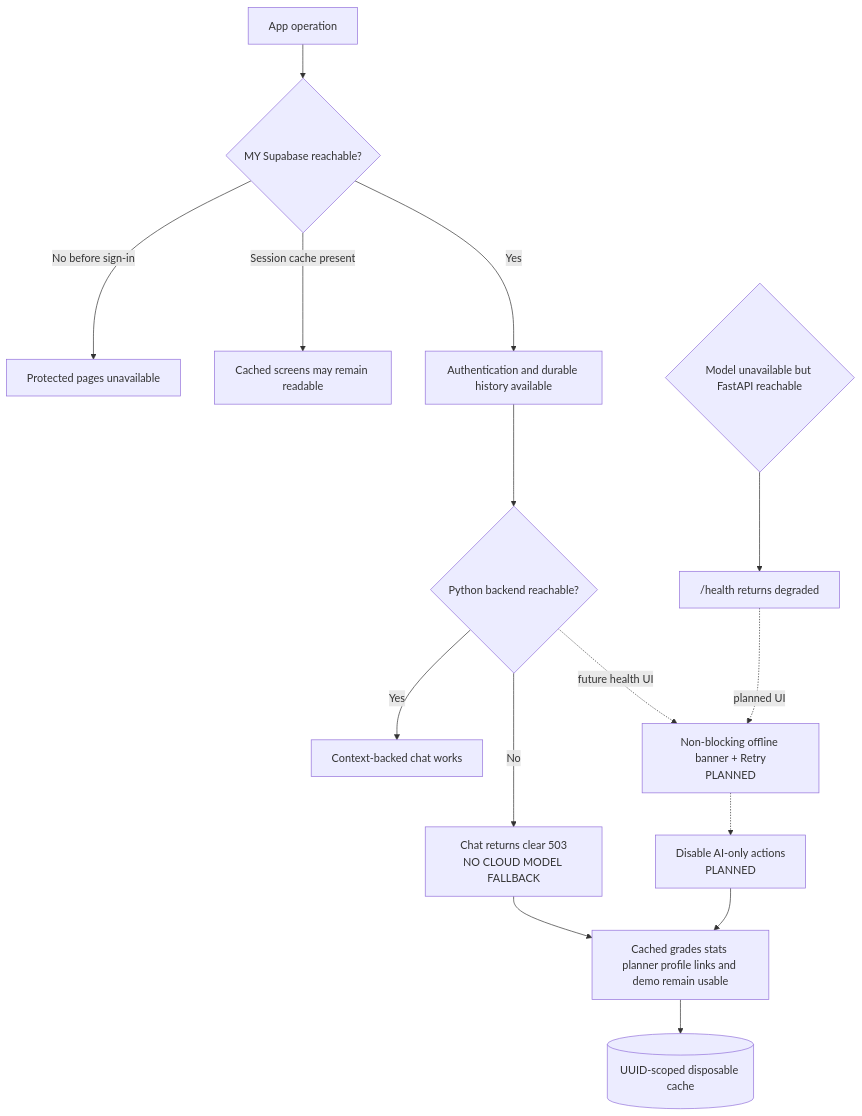
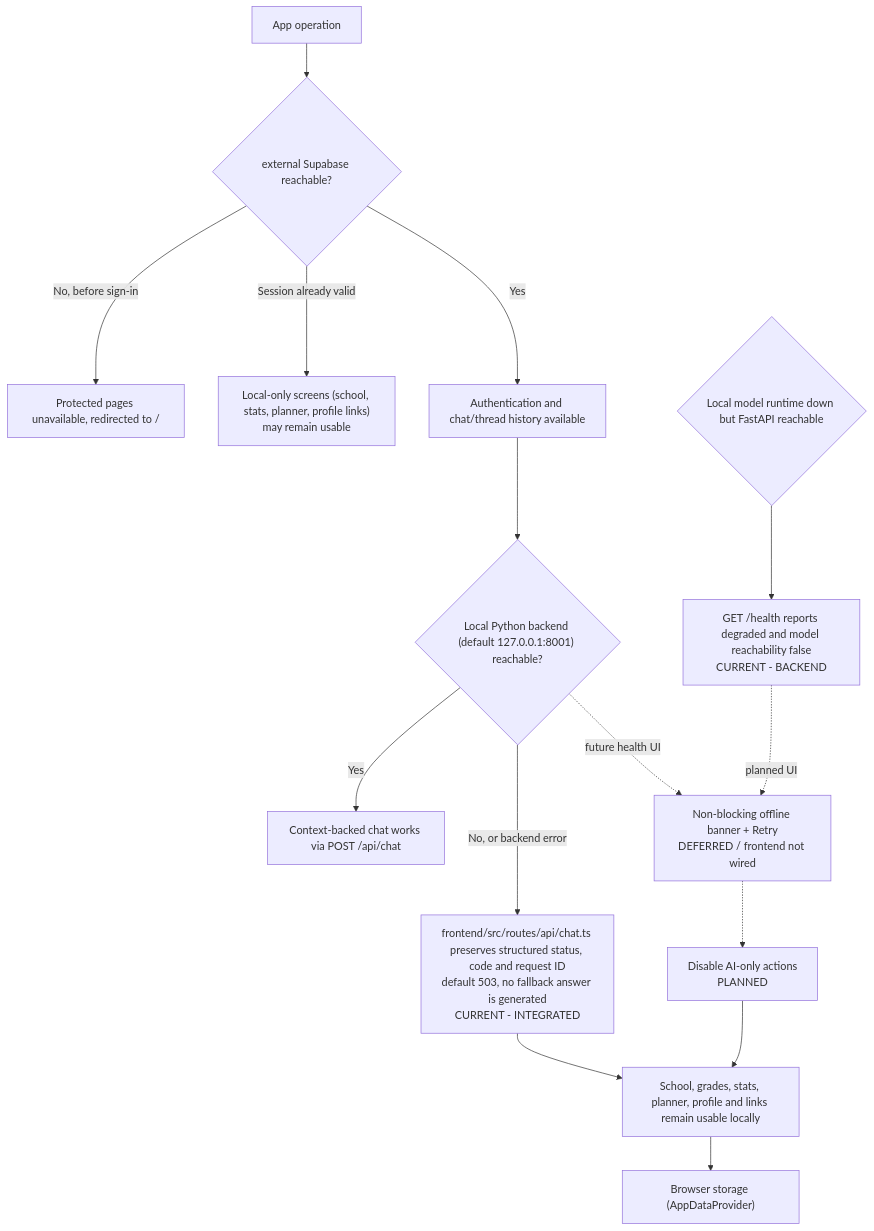
The diagram in docs/wireframes/15-offline-fallback.mmd (keyshavmor/study-swiss-star), drawn with Mermaid before and after one commit. The commit also changed 423 other files, not shown here.

Commit message:
Reconcile backend branch with current frontend and live Supabase

```diff
--- a/docs/wireframes/15-offline-fallback.mmd
+++ b/docs/wireframes/15-offline-fallback.mmd
@@ -1,15 +1,18 @@
+%% REWRITTEN: previous version documented an opt-in "Lovable AI Gateway" fallback that does
+%% not exist in current code. /api/chat now returns a plain error when the Python backend is
+%% unreachable or fails; there is no cloud-model fallback path today.
 flowchart TD
-  Start[App operation] --> Cloud{MY Supabase reachable?}
-  Cloud -->|No before sign-in| AuthBlocked[Protected pages unavailable]
-  Cloud -->|Session cache present| LocalScreens[Cached screens may remain readable]
-  Cloud -->|Yes| Gate[Authentication and durable history available]
-  Gate --> Python{Python backend reachable?}
-  Python -->|Yes| AI[Context-backed chat works]
-  Python -->|No| Error[Chat returns clear 503\nNO CLOUD MODEL FALLBACK]
-  Python -. future health UI .-> Banner[Non-blocking offline banner + Retry\nPLANNED]
-  Banner -.-> Disable[Disable AI-only actions\nPLANNED]
-  Error --> Continue[Cached grades stats planner profile links and demo remain usable]
+  Start["App operation"] --> Cloud{"external Supabase reachable?"}
+  Cloud -->|No, before sign-in| AuthBlocked["Protected pages unavailable, redirected to /"]
+  Cloud -->|Session already valid| LocalScreens["Local-only screens (school, stats, planner, profile links)<br/>may remain usable"]
+  Cloud -->|Yes| Gate["Authentication and chat/thread history available"]
+  Gate --> Python{"Local Python backend (default 127.0.0.1:8001) reachable?"}
+  Python -->|Yes| AI["Context-backed chat works via POST /api/chat"]
+  Python -->|No, or backend error| Error["frontend/src/routes/api/chat.ts preserves structured status, code and request ID<br/>default 503, no fallback answer is generated<br/>CURRENT - INTEGRATED"]
+  Python -. future health UI .-> Banner["Non-blocking offline banner + Retry<br/>DEFERRED / frontend not wired"]
+  Banner -.-> Disable["Disable AI-only actions<br/>PLANNED"]
+  Error --> Continue["School, grades, stats, planner, profile and links remain usable locally"]
   Disable --> Continue
-  Continue --> Store[(UUID-scoped disposable cache)]
-  ModelDown{Model unavailable but FastAPI reachable} --> Degraded["/health returns degraded"]
+  Continue --> Store["Browser storage (AppDataProvider)"]
+  ModelDown{"Local model runtime down but FastAPI reachable"} --> Degraded["GET /health reports degraded and model reachability false<br/>CURRENT - BACKEND"]
   Degraded -. planned UI .-> Banner
```
